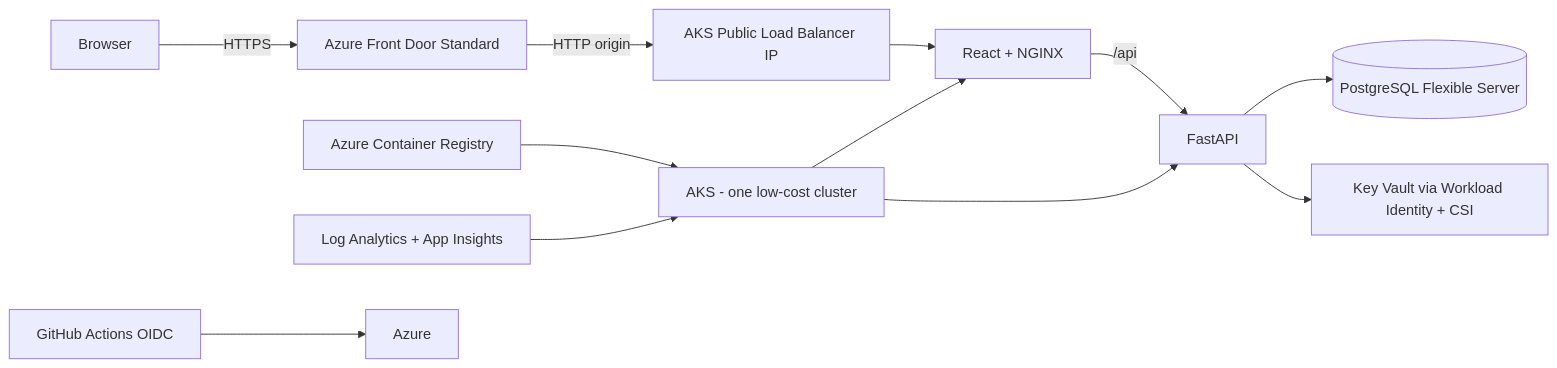
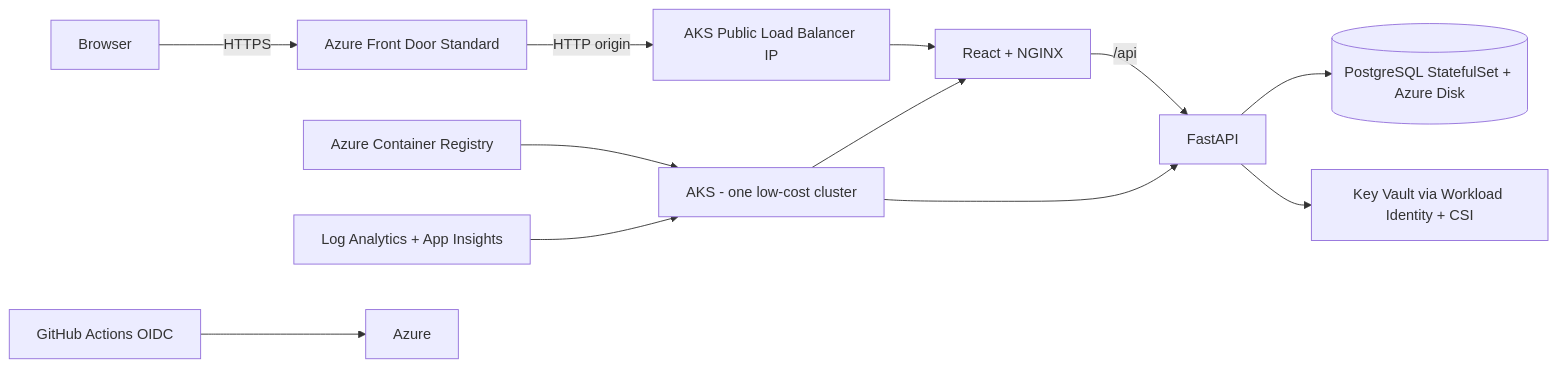
Before and after one commit to Fadi-Bedrossian/quiz_app: the diagram in README.md, drawn with Mermaid. The commit also changed other lines of this file, not shown here.

Commit message:
docs: align architecture with Front Door and AKS PostgreSQL

````diff
--- a/README.md
+++ b/README.md
@@ -7,14 +7,14 @@
 ```mermaid
 flowchart LR
   U[Browser] -->|HTTPS| AFD[Azure Front Door Standard]
   AFD -->|HTTP origin| LB[AKS Public Load Balancer IP]
   LB --> FE[React + NGINX]
   FE -->|/api| API[FastAPI]
-  API --> PG[(PostgreSQL Flexible Server)]
+  API --> PG[(PostgreSQL StatefulSet + Azure Disk)]
   API --> KV[Key Vault via Workload Identity + CSI]
   AKS[AKS - one low-cost cluster] --> FE
   AKS --> API
   ACR[Azure Container Registry] --> AKS
   MON[Log Analytics + App Insights] --> AKS
   GH[GitHub Actions OIDC] --> AZ[Azure]
 ```
````
